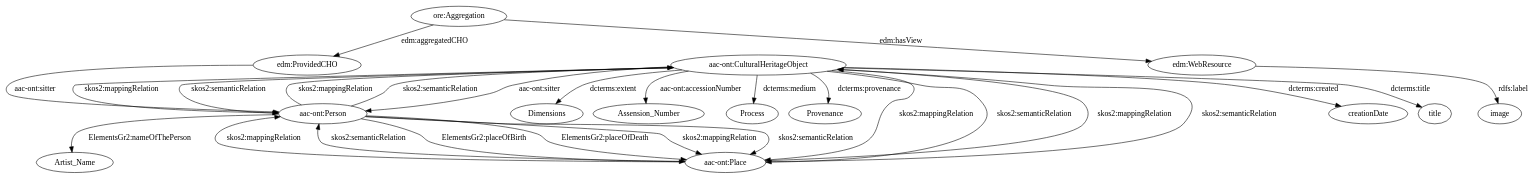
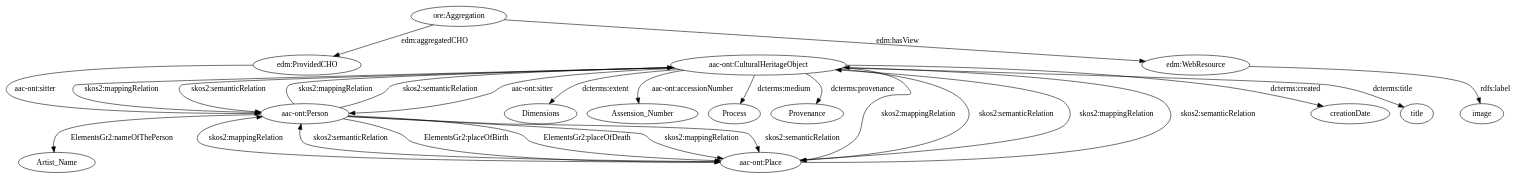
Before and after one commit to giuseppefutia/semi: the diagram in data/taheriyan2016/task_03/semantic_models/plausibles/dot/s22-s-moca.dot, drawn with Graphviz. The commit also changed 223 other files, not shown here.

```diff
--- a/data/taheriyan2016/task_03/semantic_models/plausibles/dot/s22-s-moca.dot
+++ b/data/taheriyan2016/task_03/semantic_models/plausibles/dot/s22-s-moca.dot
@@ -1,42 +1,42 @@
 digraph {
   creationDate [type=attribute_name,label=creationDate]
   "aac-ont:CulturalHeritageObject1" [type=class_uri,label="aac-ont:CulturalHeritageObject"]
   title [type=attribute_name,label=title]
   image [type=attribute_name,label=image]
   "edm:WebResource1" [type=class_uri,label="edm:WebResource"]
   Artist_Name [type=attribute_name,label=Artist_Name]
   "aac-ont:Person1" [type=class_uri,label="aac-ont:Person"]
   Dimensions [type=attribute_name,label=Dimensions]
   Assension_Number [type=attribute_name,label=Assension_Number]
   Process [type=attribute_name,label=Process]
   Provenance [type=attribute_name,label=Provenance]
   "ore:Aggregation" [type=class_uri,label="ore:Aggregation"]
   "aac-ont:Place" [type=class_uri,label="aac-ont:Place"]
   "edm:ProvidedCHO" [type=class_uri,label="edm:ProvidedCHO"]
   "aac-ont:CulturalHeritageObject1" -> creationDate [label="dcterms:created",type=st_property_uri]
   "aac-ont:CulturalHeritageObject1" -> title [label="dcterms:title",type=st_property_uri]
   "edm:WebResource1" -> image [label="rdfs:label",type=st_property_uri]
   "aac-ont:Person1" -> Artist_Name [label="ElementsGr2:nameOfThePerson",type=st_property_uri]
   "aac-ont:CulturalHeritageObject1" -> Dimensions [label="dcterms:extent",type=st_property_uri]
   "aac-ont:CulturalHeritageObject1" -> Assension_Number [label="aac-ont:accessionNumber",type=st_property_uri]
   "aac-ont:CulturalHeritageObject1" -> Process [label="dcterms:medium",type=st_property_uri]
   "aac-ont:CulturalHeritageObject1" -> Provenance [label="dcterms:provenance",type=st_property_uri]
-  "aac-ont:CulturalHeritageObject1" -> "aac-ont:Person1" [label="aac-ont:sitter",type=direct_property_uri]
-  "ore:Aggregation" -> "edm:WebResource1" [label="edm:hasView",type=direct_property_uri]
-  "aac-ont:Person1" -> "aac-ont:Place" [label="ElementsGr2:placeOfBirth",type=direct_property_uri]
-  "aac-ont:Person1" -> "aac-ont:Place" [label="ElementsGr2:placeOfDeath",type=direct_property_uri]
-  "edm:ProvidedCHO" -> "aac-ont:Person1" [label="aac-ont:sitter",type=direct_property_uri]
-  "ore:Aggregation" -> "edm:ProvidedCHO" [label="edm:aggregatedCHO",type=direct_property_uri]
-  "aac-ont:CulturalHeritageObject1" -> "aac-ont:Person1" [label="skos2:mappingRelation",type=inherited]
-  "aac-ont:CulturalHeritageObject1" -> "aac-ont:Person1" [label="skos2:semanticRelation",type=inherited]
-  "aac-ont:CulturalHeritageObject1" -> "aac-ont:Place" [label="skos2:mappingRelation",type=inherited]
-  "aac-ont:CulturalHeritageObject1" -> "aac-ont:Place" [label="skos2:semanticRelation",type=inherited]
-  "aac-ont:Person1" -> "aac-ont:CulturalHeritageObject1" [label="skos2:mappingRelation",type=inherited]
-  "aac-ont:Person1" -> "aac-ont:CulturalHeritageObject1" [label="skos2:semanticRelation",type=inherited]
-  "aac-ont:Person1" -> "aac-ont:Place" [label="skos2:mappingRelation",type=inherited]
-  "aac-ont:Person1" -> "aac-ont:Place" [label="skos2:semanticRelation",type=inherited]
-  "aac-ont:Place" -> "aac-ont:CulturalHeritageObject1" [label="skos2:mappingRelation",type=inherited]
-  "aac-ont:Place" -> "aac-ont:CulturalHeritageObject1" [label="skos2:semanticRelation",type=inherited]
-  "aac-ont:Place" -> "aac-ont:Person1" [label="skos2:mappingRelation",type=inherited]
-  "aac-ont:Place" -> "aac-ont:Person1" [label="skos2:semanticRelation",type=inherited]
+  "aac-ont:CulturalHeritageObject1" -> "aac-ont:Person1" [label="aac-ont:sitter",type=direct_property_uri,weight=1]
+  "ore:Aggregation" -> "edm:WebResource1" [label="edm:hasView",type=direct_property_uri,weight=1]
+  "aac-ont:Person1" -> "aac-ont:Place" [label="ElementsGr2:placeOfBirth",type=direct_property_uri,weight=1]
+  "aac-ont:Person1" -> "aac-ont:Place" [label="ElementsGr2:placeOfDeath",type=direct_property_uri,weight=1]
+  "edm:ProvidedCHO" -> "aac-ont:Person1" [label="aac-ont:sitter",type=direct_property_uri,weight=1]
+  "ore:Aggregation" -> "edm:ProvidedCHO" [label="edm:aggregatedCHO",type=direct_property_uri,weight=1]
+  "aac-ont:CulturalHeritageObject1" -> "aac-ont:Person1" [label="skos2:mappingRelation",type=inherited,weight=4]
+  "aac-ont:CulturalHeritageObject1" -> "aac-ont:Person1" [label="skos2:semanticRelation",type=inherited,weight=4]
+  "aac-ont:CulturalHeritageObject1" -> "aac-ont:Place" [label="skos2:mappingRelation",type=inherited,weight=4]
+  "aac-ont:CulturalHeritageObject1" -> "aac-ont:Place" [label="skos2:semanticRelation",type=inherited,weight=4]
+  "aac-ont:Person1" -> "aac-ont:CulturalHeritageObject1" [label="skos2:mappingRelation",type=inherited,weight=4]
+  "aac-ont:Person1" -> "aac-ont:CulturalHeritageObject1" [label="skos2:semanticRelation",type=inherited,weight=4]
+  "aac-ont:Person1" -> "aac-ont:Place" [label="skos2:mappingRelation",type=inherited,weight=4]
+  "aac-ont:Person1" -> "aac-ont:Place" [label="skos2:semanticRelation",type=inherited,weight=4]
+  "aac-ont:Place" -> "aac-ont:CulturalHeritageObject1" [label="skos2:mappingRelation",type=inherited,weight=4]
+  "aac-ont:Place" -> "aac-ont:CulturalHeritageObject1" [label="skos2:semanticRelation",type=inherited,weight=4]
+  "aac-ont:Place" -> "aac-ont:Person1" [label="skos2:mappingRelation",type=inherited,weight=4]
+  "aac-ont:Place" -> "aac-ont:Person1" [label="skos2:semanticRelation",type=inherited,weight=4]
 }
```
